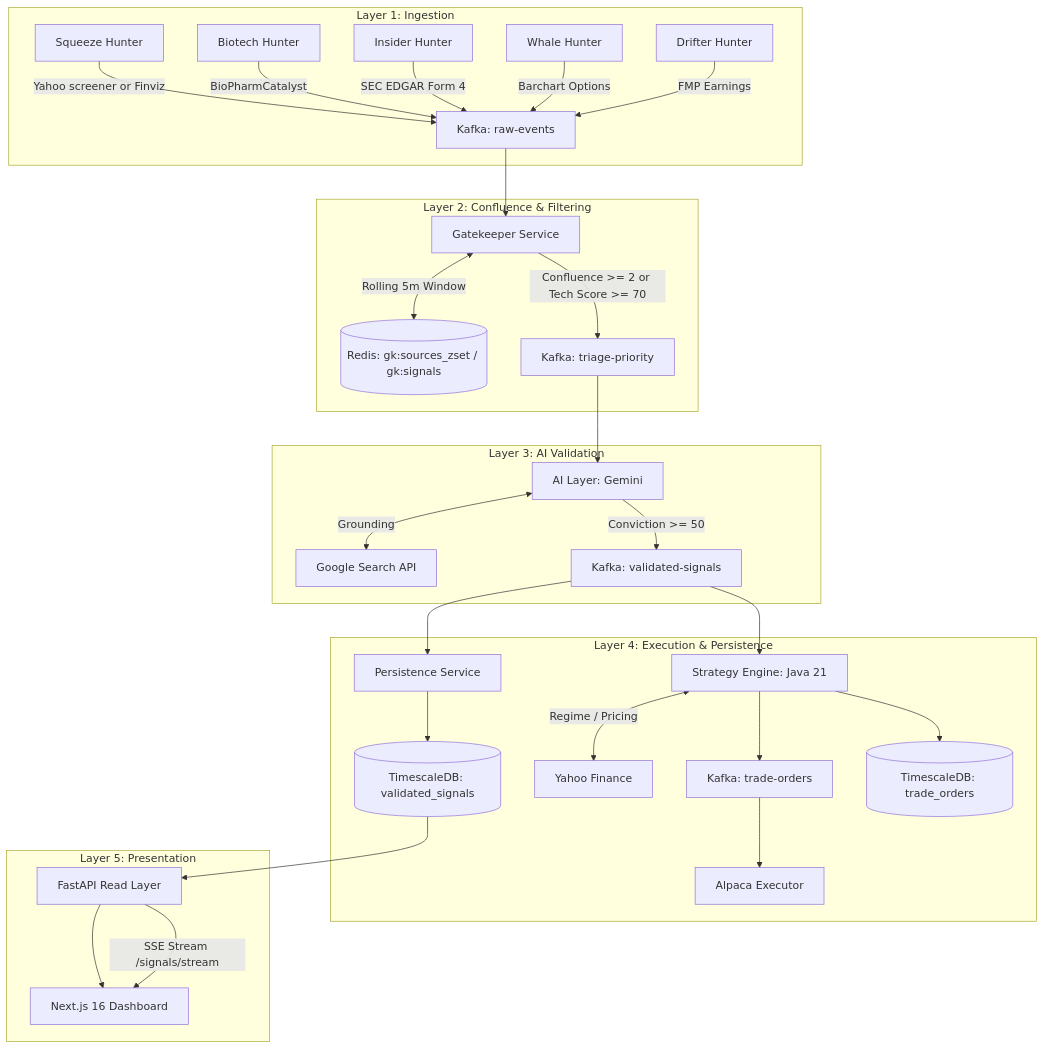
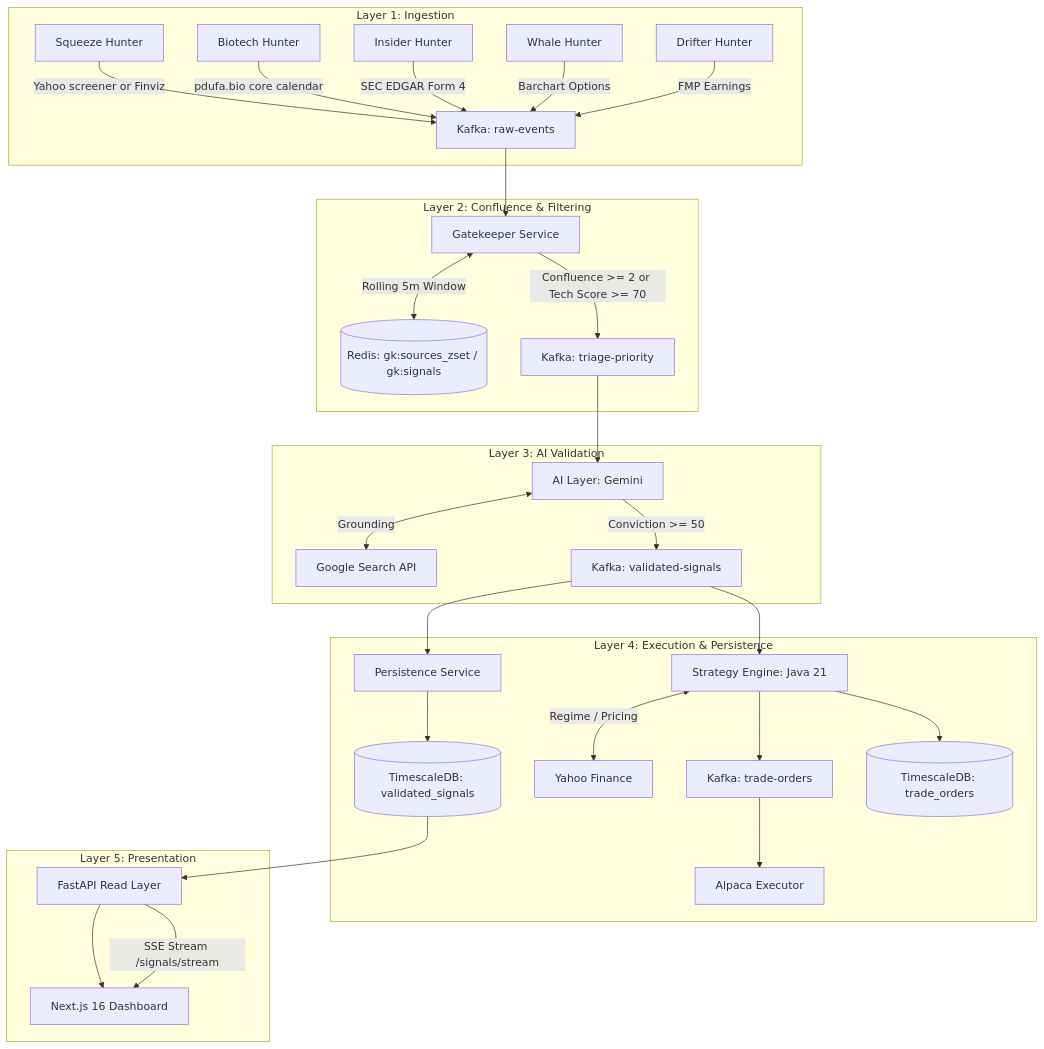
The diagram in AGENTS.md (Alesiobarquin/catalyst), drawn with Mermaid before and after one commit. The commit also changed other lines of this file and 14 other files, not shown here.

Commit message:
Use free anonymous PDUFA calendar for the EC2 biotech scan

````diff
--- a/AGENTS.md
+++ b/AGENTS.md
@@ -64,38 +66,38 @@
 ```mermaid
 graph TD
     subgraph Layer 1: Ingestion
         H1[Squeeze Hunter] -->|Yahoo screener or Finviz| RE[Kafka: raw-events]
-        H2[Biotech Hunter] -->|BioPharmCatalyst| RE
+        H2[Biotech Hunter] -->|pdufa.bio core calendar| RE
         H3[Insider Hunter] -->|SEC EDGAR Form 4| RE
         H4[Whale Hunter] -->|Barchart Options| RE
         H5[Drifter Hunter] -->|FMP Earnings| RE
     end
 
     subgraph Layer 2: Confluence & Filtering
         RE --> GK[Gatekeeper Service]
         GK <-->|Rolling 5m Window| RD[(Redis: gk:sources_zset / gk:signals)]
         GK -->|Confluence >= 2 or Tech Score >= 70| TP[Kafka: triage-priority]
     end
 
     subgraph Layer 3: AI Validation
         TP --> AI[AI Layer: Gemini]
         AI <-->|Grounding| GS[Google Search API]
         AI -->|Conviction >= 50| VS[Kafka: validated-signals]
     end
 
     subgraph Layer 4: Execution & Persistence
         VS --> PS[Persistence Service]
         PS --> DB[(TimescaleDB: validated_signals)]
         VS --> ENG[Strategy Engine: Java 21]
         ENG <-->|Regime / Pricing| YF[Yahoo Finance]
         ENG --> TO[Kafka: trade-orders]
         ENG --> DB2[(TimescaleDB: trade_orders)]
         TO --> EXEC[Alpaca Executor]
     end
 
     subgraph Layer 5: Presentation
         DB --> API[FastAPI Read Layer]
         API --> UI[Next.js 16 Dashboard]
         API -->|SSE Stream /signals/stream| UI
     end
 ```
````
